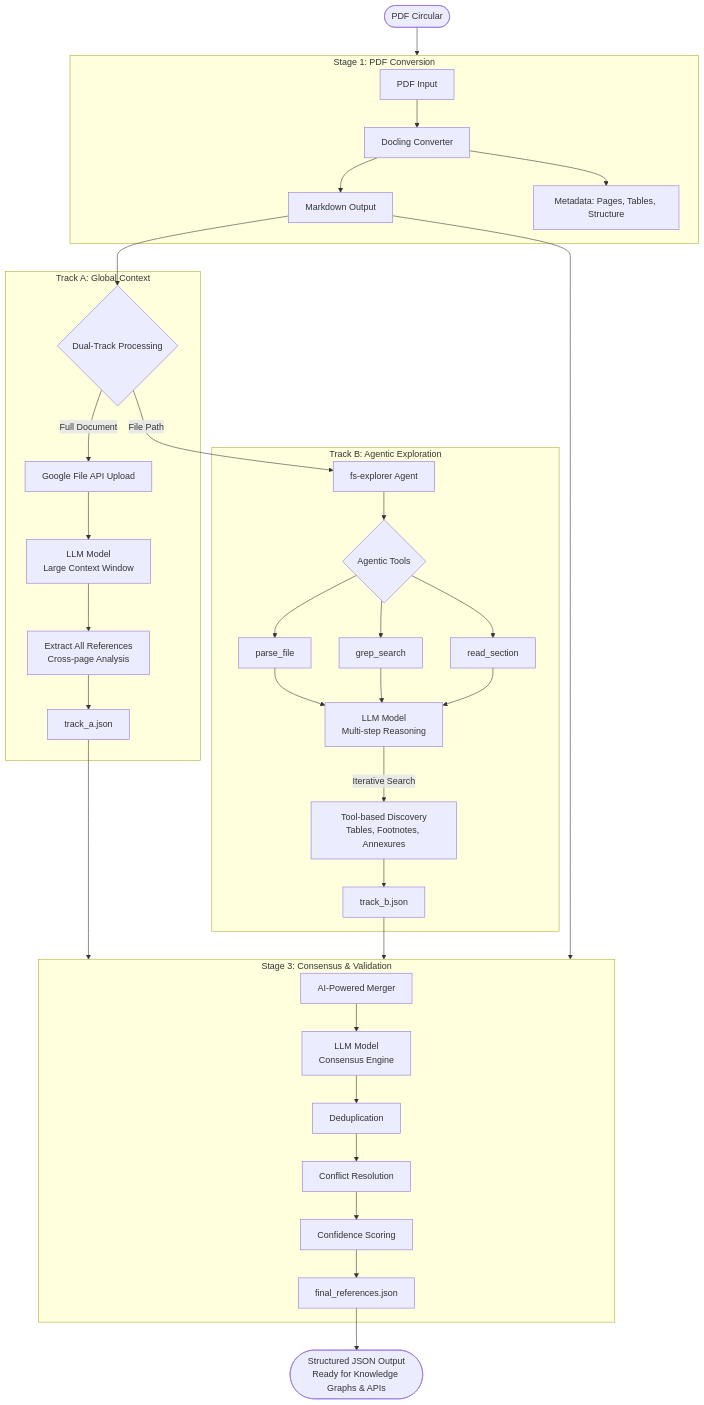
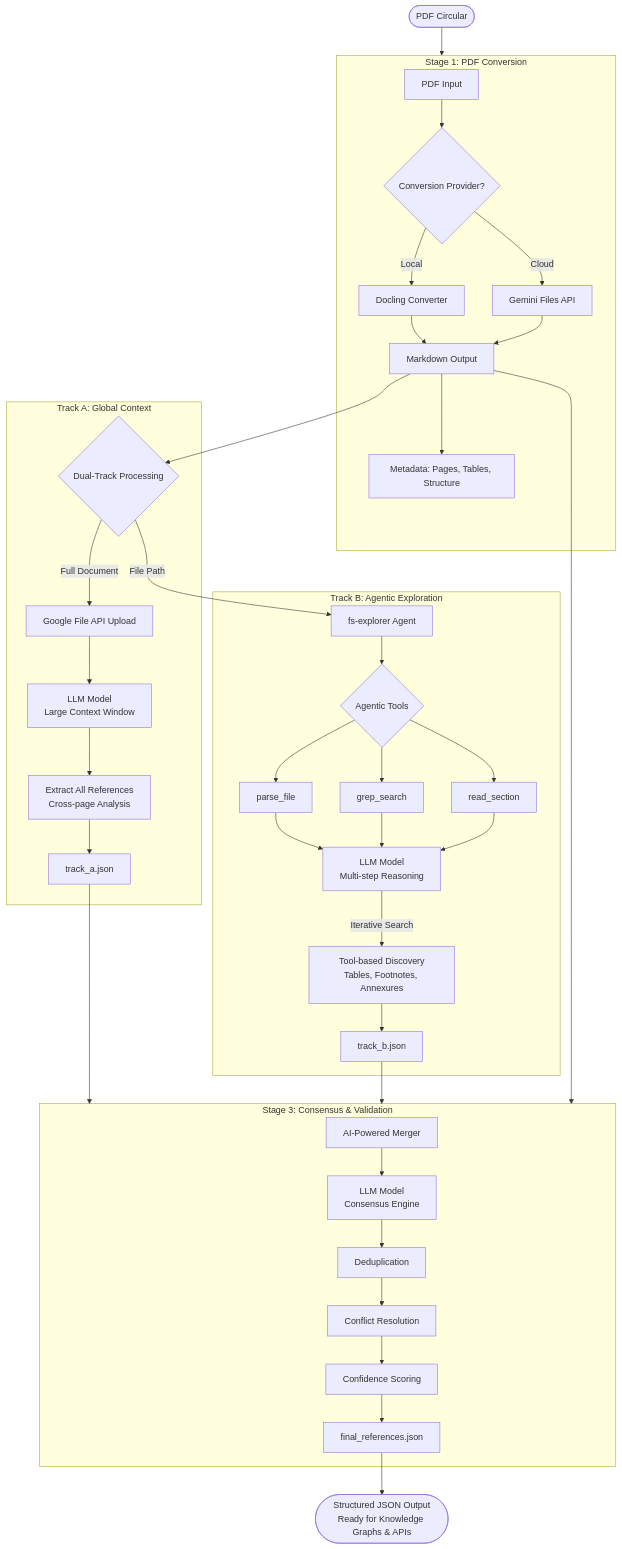
The diagram in README.md (shoryasethia/relatio), drawn with Mermaid before and after one commit. The commit also changed other lines of this file, not shown here.

Commit message:
Update: Show conversion provider choice in architecture diagram

````diff
--- a/README.md
+++ b/README.md
@@ -27,44 +27,47 @@
 ```mermaid
 graph TB
     Start([PDF Circular]) --> Stage1
     
     subgraph Stage1[" Stage 1: PDF Conversion "]
-        PDF[PDF Input] --> Docling[Docling Converter]
+        PDF[PDF Input] --> Choice{Conversion Provider?}
+        Choice -->|Local| Docling[Docling Converter]
+        Choice -->|Cloud| GeminiConvert[Gemini Files API]
         Docling --> MD[Markdown Output]
-        Docling --> Meta[Metadata: Pages, Tables, Structure]
+        GeminiConvert --> MD
+        MD --> Meta[Metadata: Pages, Tables, Structure]
     end
     
     MD --> Split{Dual-Track Processing}
     
     subgraph Stage2A[" Track A: Global Context "]
         Split -->|Full Document| FileAPI[Google File API Upload]
         FileAPI --> LLM_A[LLM Model<br/>Large Context Window]
         LLM_A --> GlobalExtract[Extract All References<br/>Cross-page Analysis]
         GlobalExtract --> TrackA_JSON[track_a.json]
     end
     
     subgraph Stage2B[" Track B: Agentic Exploration "]
         Split -->|File Path| FSExplorer[fs-explorer Agent]
         FSExplorer --> Tools{Agentic Tools}
         Tools --> Parse[parse_file]
         Tools --> Grep[grep_search]
         Tools --> Read[read_section]
         Parse & Grep & Read --> LLM_B[LLM Model<br/>Multi-step Reasoning]
         LLM_B -->|Iterative Search| AgenticExtract[Tool-based Discovery<br/>Tables, Footnotes, Annexures]
         AgenticExtract --> TrackB_JSON[track_b.json]
     end
     
     TrackA_JSON --> Stage3
     TrackB_JSON --> Stage3
     MD --> Stage3
     
     subgraph Stage3[" Stage 3: Consensus & Validation "]
         Merge[AI-Powered Merger] --> LLM_C[LLM Model<br/>Consensus Engine]
         LLM_C --> Dedup[Deduplication]
         Dedup --> Validate[Conflict Resolution]
         Validate --> Confidence[Confidence Scoring]
         Confidence --> Final[final_references.json]
     end
     
     Final --> Output([Structured JSON Output<br/>Ready for Knowledge Graphs & APIs])
 ```
````
